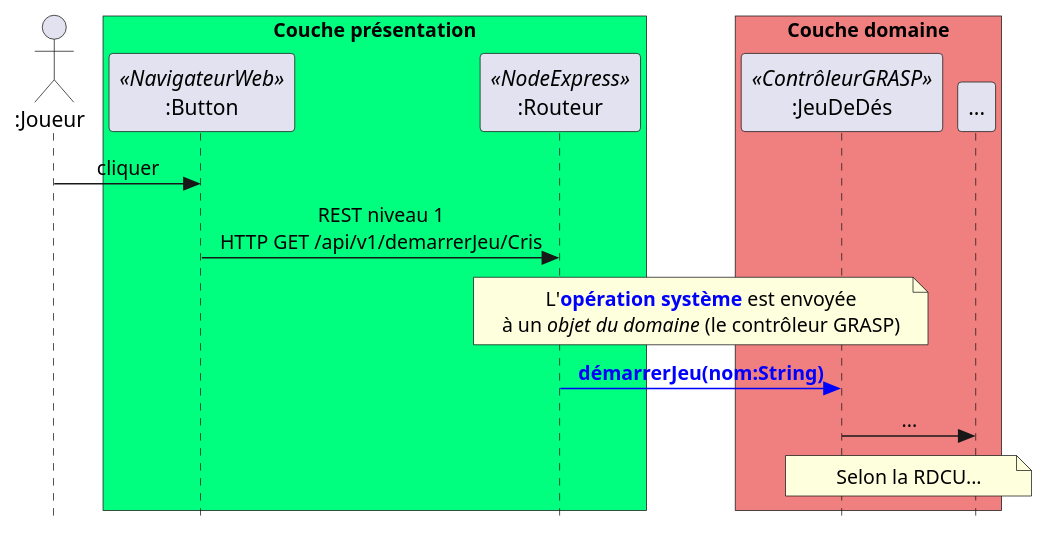
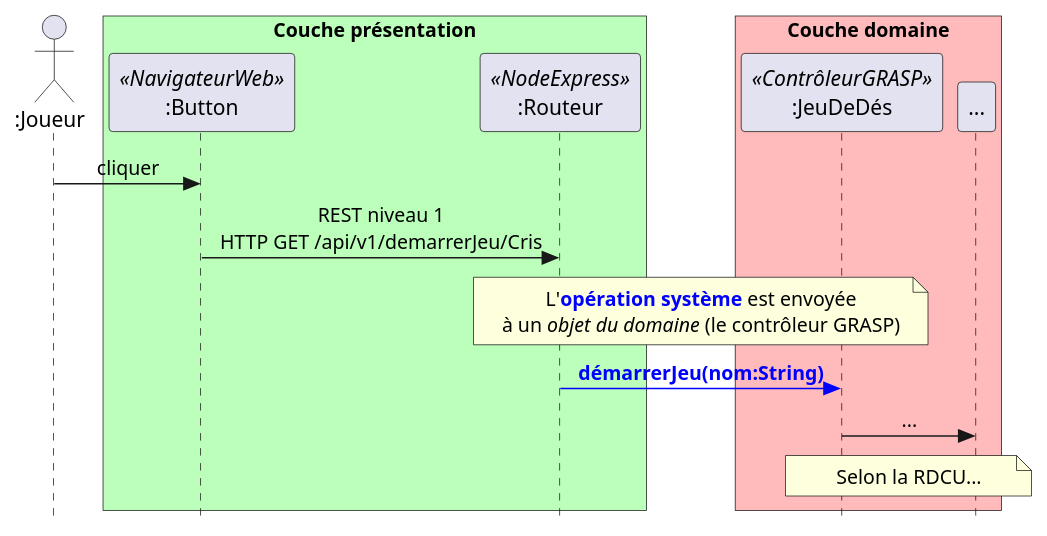
One commit to profcfuhrmanets/log210-jeu-de-des-node-express-ts changed the diagram in docs/dss-details-demarrerJeu.puml. Above: the diagram before and after it, drawn with PlantUML.

Commit message:
Meilleures couleurs

```diff
--- a/docs/dss-details-demarrerJeu.puml
+++ b/docs/dss-details-demarrerJeu.puml
@@ -1,25 +1,25 @@
 @startuml
 skinparam style strictuml
 skinparam backgroundcolor transparent
 'skinparam handwritten true
 skinparam sequenceMessageAlign center
 actor ":Joueur" as j
-box "Couche présentation" #springgreen
+box "Couche présentation" #bbffbb
 participant ":Button" as b <<NavigateurWeb>> 
 participant ":Routeur" as r <<NodeExpress>>
 end box
-box "Couche domaine" #lightcoral
+box "Couche domaine" #ffbbbb
 participant ":JeuDeDés" as c <<ContrôleurGRASP>>
 participant "..." as s
 end box
 j -> b : cliquer
 b -> r : REST niveau 1\nHTTP GET /api/v1/demarrerJeu/Cris
 skinparam NoteTextAlignment center
 note over r, c
 L'<color blue>**opération système**</color> est envoyée
 à un //objet du domaine// (le contrôleur GRASP)
 end note
 r -[#blue,bold]> c : <color blue>**démarrerJeu(nom:String)**</color>
 c -> s : ...
 note over c, s : Selon la RDCU...
 @enduml
```
